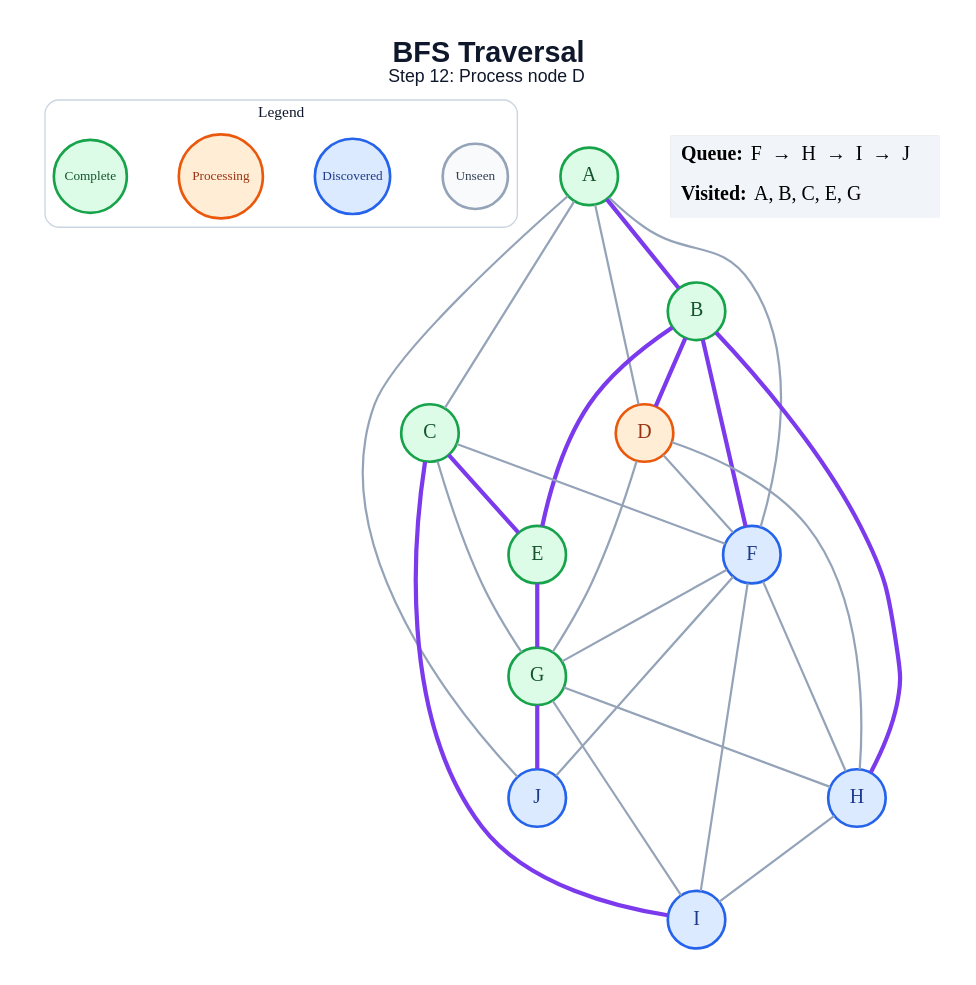
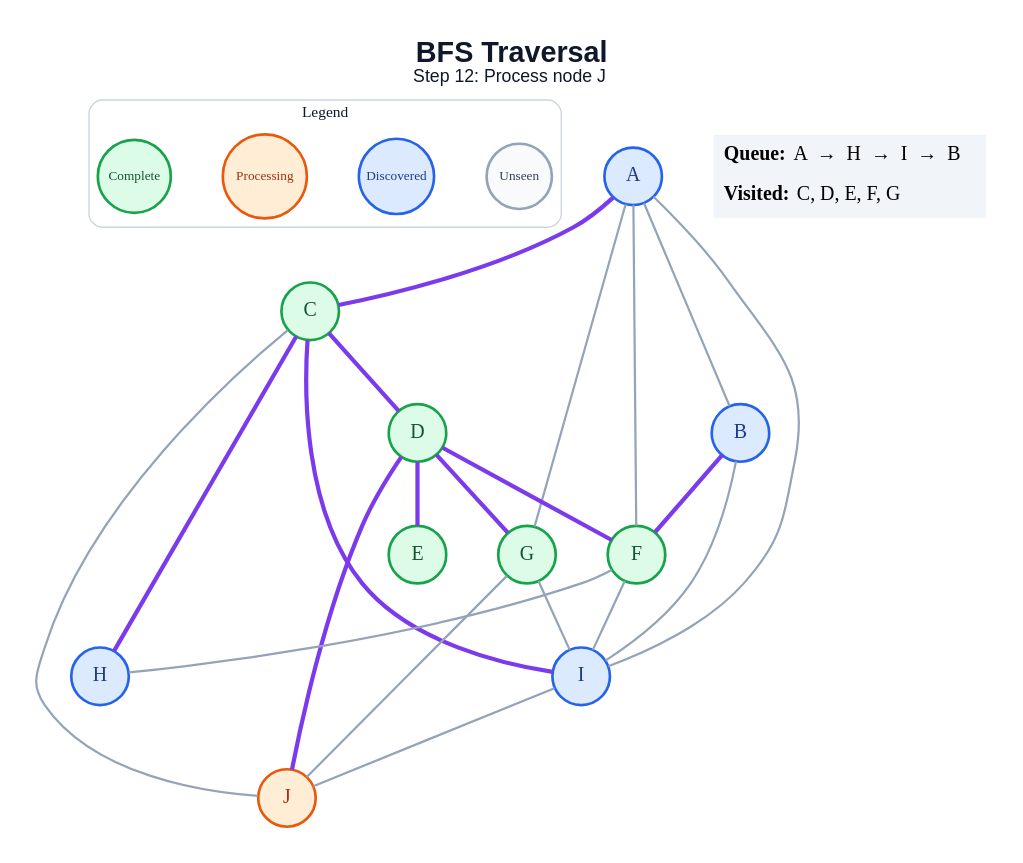
The diagram in generated/specific-node/bfs/step_12.dot (amanghodawala9/ai-slop), drawn with Graphviz before and after one commit. The commit also changed 178 other files, not shown here.

```diff
--- a/generated/specific-node/bfs/step_12.dot
+++ b/generated/specific-node/bfs/step_12.dot
@@ -1,54 +1,49 @@
 graph traversal {
   graph [layout=dot, rankdir=TB, bgcolor="#FFFFFF", pad="0.35", nodesep="0.65", ranksep="0.8", fontname="Arial"];
   node [shape=circle, style="filled", fontname="Arial Bold", fontsize=18, width=0.72, fixedsize=true, penwidth=2.4];
   edge [color="#94A3B8", penwidth=2.0];
-  label=<<B>BFS Traversal</B><BR/><FONT POINT-SIZE="16">Step 12: Process node D</FONT>>; labelloc="t"; fontsize=26; fontname="Arial"; fontcolor="#0F172A";
+  label=<<B>BFS Traversal</B><BR/><FONT POINT-SIZE="16">Step 12: Process node J</FONT>>; labelloc="t"; fontsize=26; fontname="Arial"; fontcolor="#0F172A";
   subgraph cluster_legend { label="Legend"; color="#CBD5E1"; penwidth=1.2; style="rounded"; fontsize=14; fontname="Arial Bold";
     key_unseen [label="Unseen", fillcolor="#F8FAFC", color="#94A3B8", fontcolor="#334155", fontsize=12, width=0.82];
     key_frontier [label="Discovered", fillcolor="#DBEAFE", color="#2563EB", fontcolor="#1E3A8A", fontsize=12, width=0.95];
     key_current [label="Processing", fillcolor="#FFEDD5", color="#EA580C", fontcolor="#9A3412", fontsize=12, width=1.05];
     key_done [label="Complete", fillcolor="#DCFCE7", color="#16A34A", fontcolor="#14532D", fontsize=12, width=0.92];
     { rank=same; key_unseen; key_frontier; key_current; key_done; }
   }
-  A [fillcolor="#DCFCE7", color="#16A34A", fontcolor="#14532D"];
-  B [fillcolor="#DCFCE7", color="#16A34A", fontcolor="#14532D"];
+  A [fillcolor="#DBEAFE", color="#2563EB", fontcolor="#1E3A8A"];
+  B [fillcolor="#DBEAFE", color="#2563EB", fontcolor="#1E3A8A"];
   C [fillcolor="#DCFCE7", color="#16A34A", fontcolor="#14532D"];
-  D [fillcolor="#FFEDD5", color="#EA580C", fontcolor="#9A3412"];
+  D [fillcolor="#DCFCE7", color="#16A34A", fontcolor="#14532D"];
   E [fillcolor="#DCFCE7", color="#16A34A", fontcolor="#14532D"];
-  F [fillcolor="#DBEAFE", color="#2563EB", fontcolor="#1E3A8A"];
+  F [fillcolor="#DCFCE7", color="#16A34A", fontcolor="#14532D"];
   G [fillcolor="#DCFCE7", color="#16A34A", fontcolor="#14532D"];
   H [fillcolor="#DBEAFE", color="#2563EB", fontcolor="#1E3A8A"];
   I [fillcolor="#DBEAFE", color="#2563EB", fontcolor="#1E3A8A"];
-  J [fillcolor="#DBEAFE", color="#2563EB", fontcolor="#1E3A8A"];
-  A -- B [color="#7C3AED", penwidth=3.8];
-  A -- C;
-  A -- D;
+  J [fillcolor="#FFEDD5", color="#EA580C", fontcolor="#9A3412"];
+  A -- B;
+  A -- C [color="#7C3AED", penwidth=3.8];
   A -- F;
-  A -- J;
-  B -- D [color="#7C3AED", penwidth=3.8];
-  B -- E [color="#7C3AED", penwidth=3.8];
+  A -- G;
+  A -- I;
   B -- F [color="#7C3AED", penwidth=3.8];
-  B -- H [color="#7C3AED", penwidth=3.8];
-  C -- E [color="#7C3AED", penwidth=3.8];
-  C -- F;
-  C -- G;
+  B -- I;
+  C -- D [color="#7C3AED", penwidth=3.8];
+  C -- H [color="#7C3AED", penwidth=3.8];
   C -- I [color="#7C3AED", penwidth=3.8];
-  D -- F;
-  D -- G;
-  D -- H;
-  E -- G [color="#7C3AED", penwidth=3.8];
-  F -- G;
+  C -- J;
+  D -- E [color="#7C3AED", penwidth=3.8];
+  D -- F [color="#7C3AED", penwidth=3.8];
+  D -- G [color="#7C3AED", penwidth=3.8];
+  D -- J [color="#7C3AED", penwidth=3.8];
   F -- H;
   F -- I;
-  F -- J;
-  G -- H;
   G -- I;
-  G -- J [color="#7C3AED", penwidth=3.8];
-  H -- I;
+  G -- J;
+  I -- J;
   status [shape=plain, fixedsize=false, width=0, height=0, margin=0, label=<
     <TABLE BORDER="0" CELLBORDER="0" CELLPADDING="7" BGCOLOR="#F1F5F9">
-      <TR><TD ALIGN="LEFT"><B>Queue:</B> F  →  H  →  I  →  J</TD></TR>
-      <TR><TD ALIGN="LEFT"><B>Visited:</B> A, B, C, E, G</TD></TR>
+      <TR><TD ALIGN="LEFT"><B>Queue:</B> A  →  H  →  I  →  B</TD></TR>
+      <TR><TD ALIGN="LEFT"><B>Visited:</B> C, D, E, F, G</TD></TR>
     </TABLE>
   >];
 }
```
